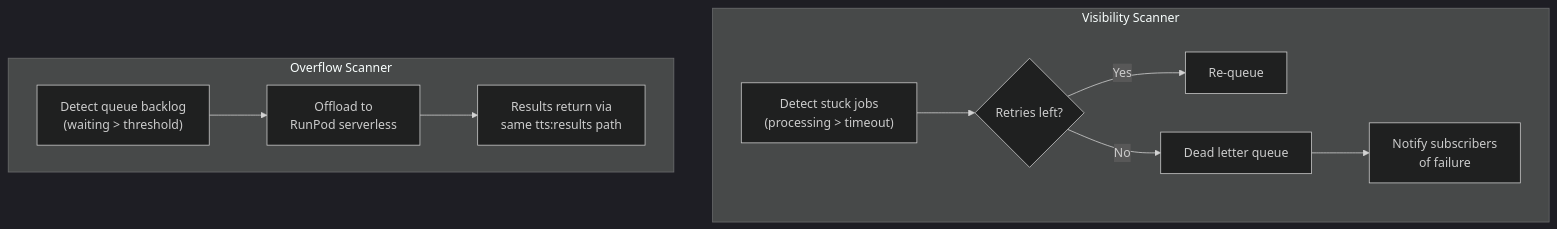
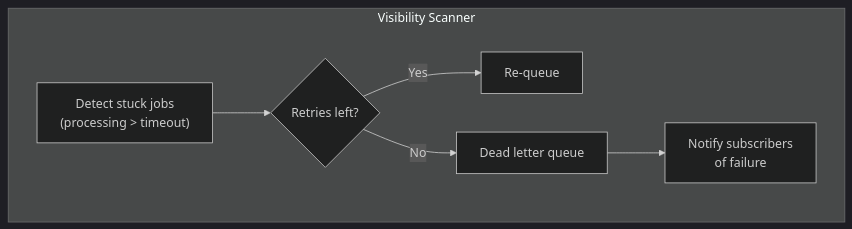
One commit to yapit-tts/yapit changed the seventh of 7 diagrams in docs/architecture.md. Above: the diagram before and after it, drawn with Mermaid (dark theme). The commit also changed other lines of this file and 31 other files, not shown here.

First line of the commit message:
Remove RunPod overflow system (#79)

````diff
--- a/docs/architecture.md
+++ b/docs/architecture.md
@@ -273,16 +272,11 @@
 ```mermaid
 flowchart TD
     subgraph vis ["Visibility Scanner"]
         VS["Detect stuck jobs<br/>(processing > timeout)"]
         VS --> RETRY{"Retries left?"}
         RETRY -->|Yes| REQUEUE["Re-queue"]
         RETRY -->|No| DLQ["Dead letter queue"]
         DLQ --> ERRSUB["Notify subscribers<br/>of failure"]
     end
 
-    subgraph overflow ["Overflow Scanner"]
-        OS["Detect queue backlog<br/>(waiting > threshold)"]
-        OS --> RP["Offload to<br/>RunPod serverless"]
-        RP --> RESULT["Results return via<br/>same tts:results path"]
-    end
 ```
````
